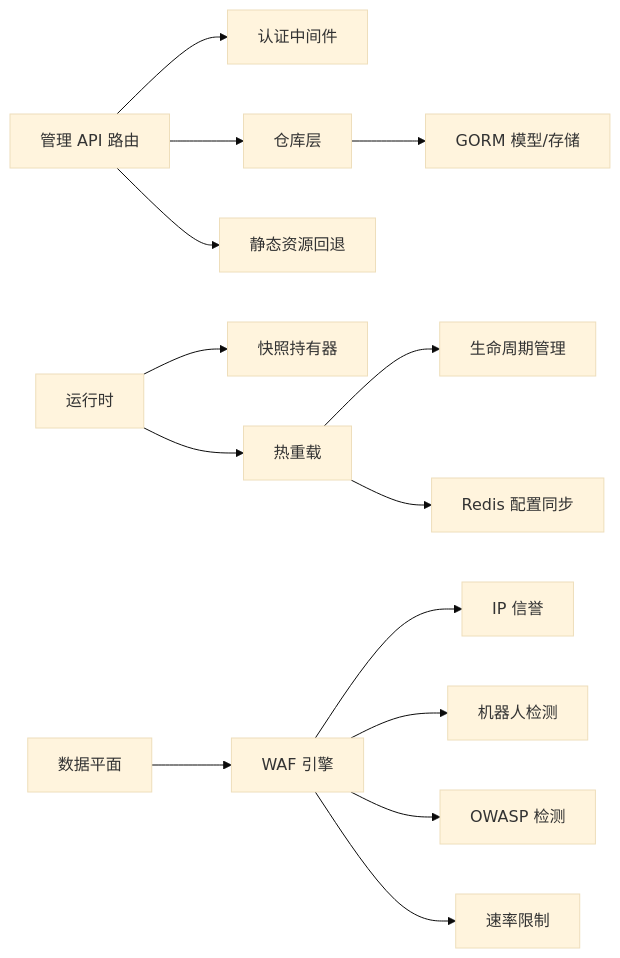
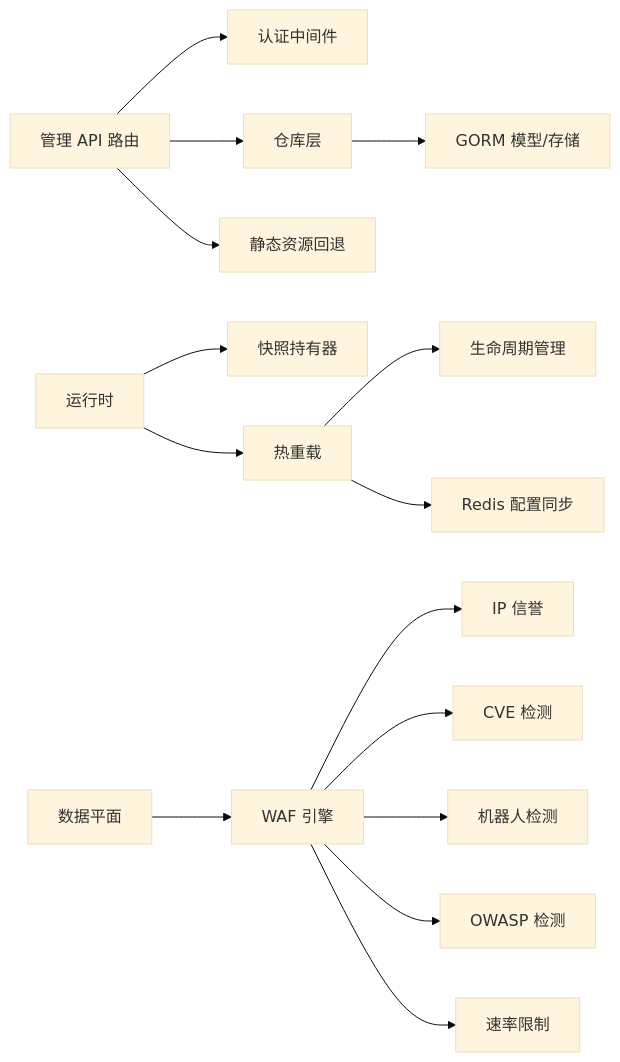
Before and after one commit to x01n/My-OpenWaf: the third of 3 diagrams in docs/项目概述/核心特性.md, drawn with Mermaid (base theme). The commit also changed other lines of this file and 354 other files, not shown here.

````diff
--- a/docs/项目概述/核心特性.md
+++ b/docs/项目概述/核心特性.md
@@ -274,16 +278,17 @@
 ```mermaid
 graph LR
 AdminAPI["管理 API 路由"] --> Auth["认证中间件"]
 AdminAPI --> Repos["仓库层"]
 Repos --> DB["GORM 模型/存储"]
 AdminAPI --> Static["静态资源回退"]
 Runtime["运行时"] --> Snapshot["快照持有器"]
 Runtime --> Reload["热重载"]
 Reload --> Lifecycle["生命周期管理"]
 Reload --> RedisPubSub["Redis 配置同步"]
 DataPlane["数据平面"] --> Engine["WAF 引擎"]
 Engine --> IPRep["IP 信誉"]
+Engine --> CVE["CVE 检测"]
 Engine --> Bot["机器人检测"]
 Engine --> OWASP["OWASP 检测"]
 Engine --> RL["速率限制"]
 ```
````
